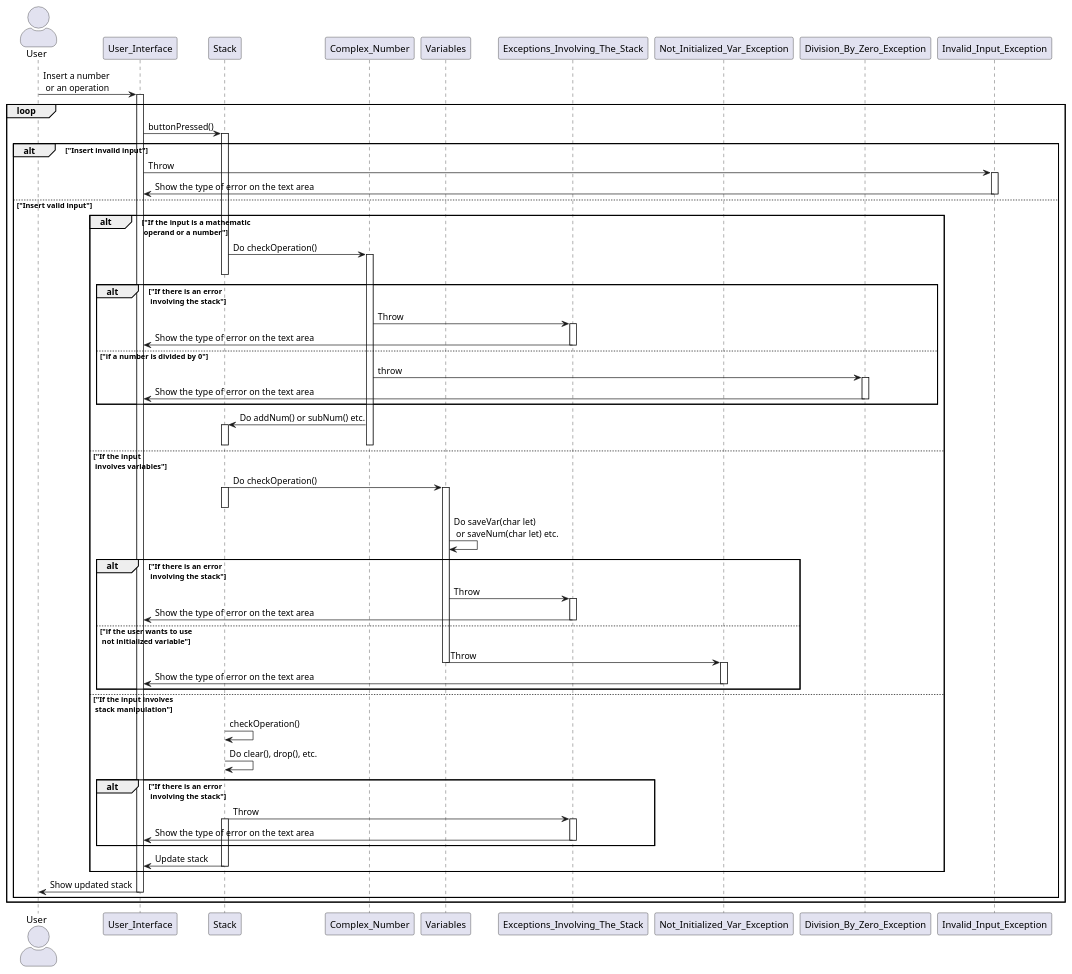
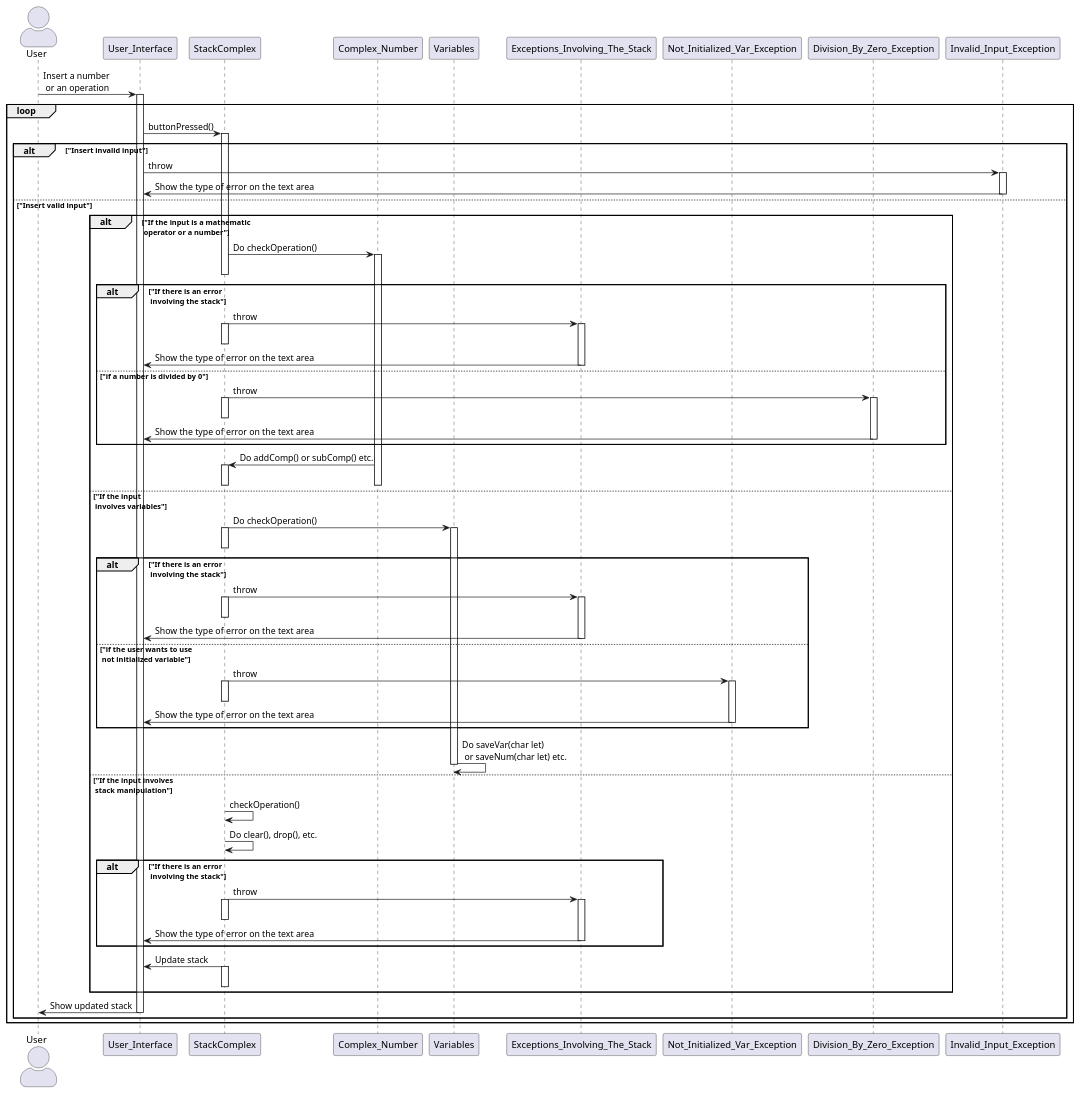
The diagram in Sequence_Diagram_Plant_UML/Sequence Diagrams/Sequence_Diagram_PlantUML.puml (Tonio92345/Gruppo21_Progetto_IngSoftware), drawn with PlantUML before and after one commit.

Commit message:
Sequence_Diagram_PlantUML.puml Last Version

```diff
--- a/Sequence_Diagram_Plant_UML/Sequence Diagrams/Sequence_Diagram_PlantUML.puml
+++ b/Sequence_Diagram_Plant_UML/Sequence Diagrams/Sequence_Diagram_PlantUML.puml
@@ -1,97 +1,106 @@
 @startuml
 
 skinparam actorstyle awesome
 
 actor User as u
 participant User_Interface as ui
-participant Stack as s
+participant StackComplex as s
 participant Complex_Number as cn
 participant Variables as v
 participant Exceptions_Involving_The_Stack as ste
 participant Not_Initialized_Var_Exception as nive
 participant Division_By_Zero_Exception as dbze
 participant Invalid_Input_Exception as iie
 
 u -> ui : Insert a number \n or an operation
 activate ui
 
 loop
 ui -> s : buttonPressed()
     activate s
 
 alt "Insert invalid input"
 
-    ui -> iie : Throw
+    ui -> iie : throw
     activate iie
     iie -> ui : Show the type of error on the text area
     deactivate iie
 
 else "Insert valid input"
 
-    alt "If the input is a mathematic \n operand or a number"
+    alt "If the input is a mathematic \n operator or a number"
         s -> cn : Do checkOperation()
         activate cn
         deactivate s
-        
+
         alt "If there is an error \n involving the stack"
-            cn -> ste : Throw
+            s -> ste : throw
+            activate s
+            deactivate s
             activate ste
             ste -> ui : Show the type of error on the text area
             deactivate ste
         else "if a number is divided by 0"
-            cn -> dbze : throw
+            s -> dbze : throw
+            activate s
             activate dbze
+            deactivate s
             dbze -> ui : Show the type of error on the text area
             deactivate dbze
         end
-        
-        cn -> s : Do addNum() or subNum() etc.
+
+        cn -> s : Do addComp() or subComp() etc.
         activate s
         deactivate s
+        deactivate cn
         deactivate cn
 
     else "If the input \n involves variables"
         s -> v : Do checkOperation()
         activate s
+        deactivate s
         activate v
-        deactivate s
-
-        v -> v : Do saveVar(char let) \n or saveNum(char let) etc.
 
         alt "If there is an error \n involving the stack"
-            v -> ste : Throw
+            s -> ste : throw
+            activate s
+            deactivate s
             activate ste
             ste -> ui : Show the type of error on the text area
             deactivate ste
         else "if the user wants to use \n not initialized variable"
-            v -> nive : Throw
-            deactivate v
+            s -> nive : throw
+            activate s
+            deactivate s
             activate nive
             nive -> ui : Show the type of error on the text area
             deactivate nive
         end
+    v -> v : Do saveVar(char let) \n or saveNum(char let) etc.
+    deactivate v
 
     else "If the input involves \n stack manipulation"
         s -> s : checkOperation()
-
         s -> s : Do clear(), drop(), etc.
 
         alt "If there is an error \n involving the stack"
-            s -> ste : Throw
+            s -> ste : throw
             activate s
+            deactivate s
             activate ste
             ste -> ui : Show the type of error on the text area
             deactivate ste
         end
 
         s -> ui : Update stack
+        activate s
         deactivate s
     
     end
 
 ui -> u : Show updated stack
 deactivate ui
 end
 end
 
 @enduml
```
